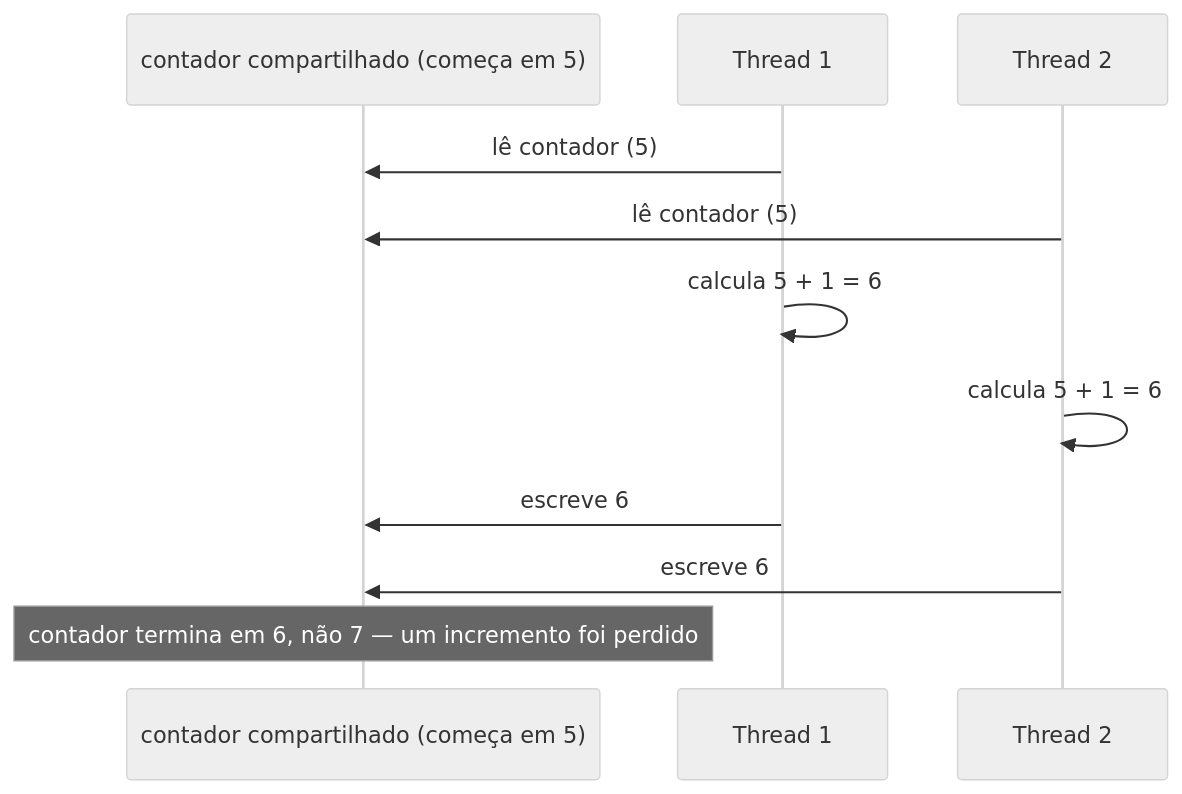
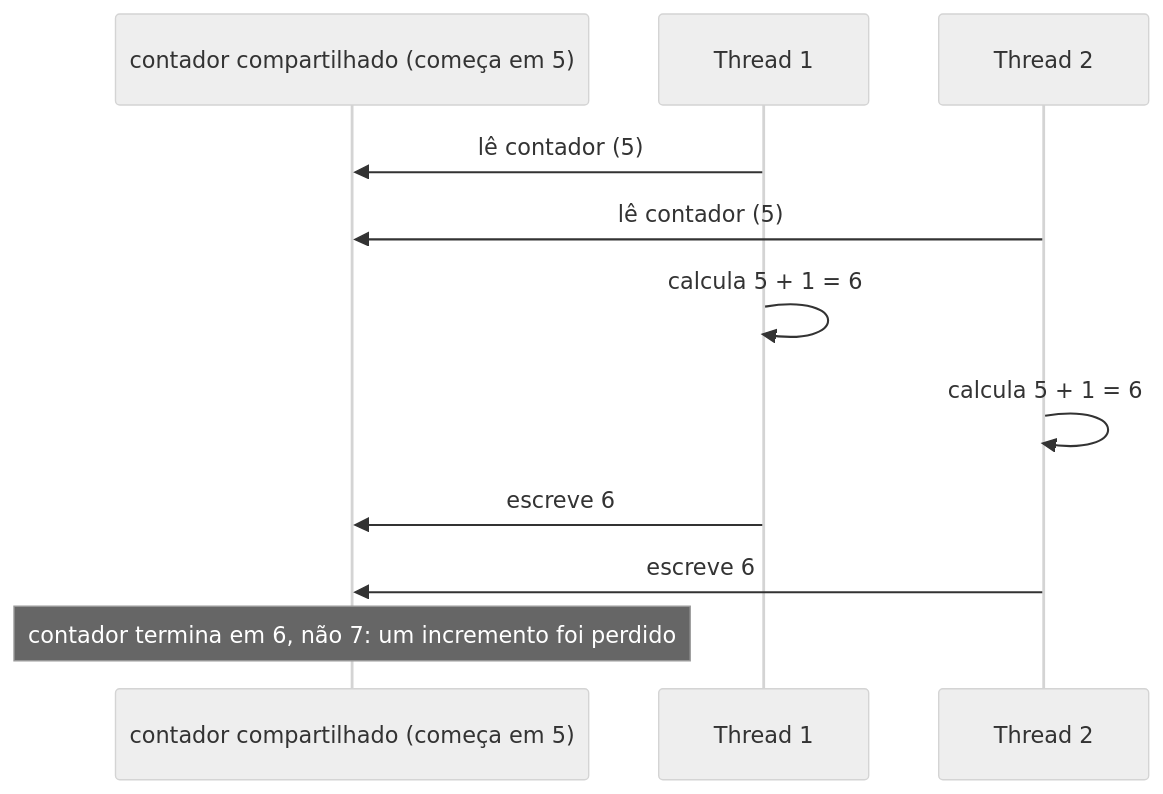
Before and after one commit to alexcastrodev/my-university: the first of 2 diagrams in backend/src/seed/data/curriculum/algorithms-software/programming-paradigms/content/concurrent-programming-shared-state-vs-message-passing/pt-BR.md, drawn with Mermaid (neutral theme). The commit also changed other lines of this file and 13 other files, not shown here.

````diff
--- a/backend/src/seed/data/curriculum/algorithms-software/programming-paradigms/content/concurrent-programming-shared-state-vs-message-passing/pt-BR.md
+++ b/backend/src/seed/data/curriculum/algorithms-software/programming-paradigms/content/concurrent-programming-shared-state-vs-message-passing/pt-BR.md
@@ -35,13 +35,13 @@
 ```mermaid
 sequenceDiagram
     participant C as contador compartilhado (começa em 5)
     participant T1 as Thread 1
     participant T2 as Thread 2
     T1->>C: lê contador (5)
     T2->>C: lê contador (5)
     T1->>T1: calcula 5 + 1 = 6
     T2->>T2: calcula 5 + 1 = 6
     T1->>C: escreve 6
     T2->>C: escreve 6
-    Note over C: contador termina em 6, não 7 — um incremento foi perdido
+    Note over C: contador termina em 6, não 7: um incremento foi perdido
 ```
````
